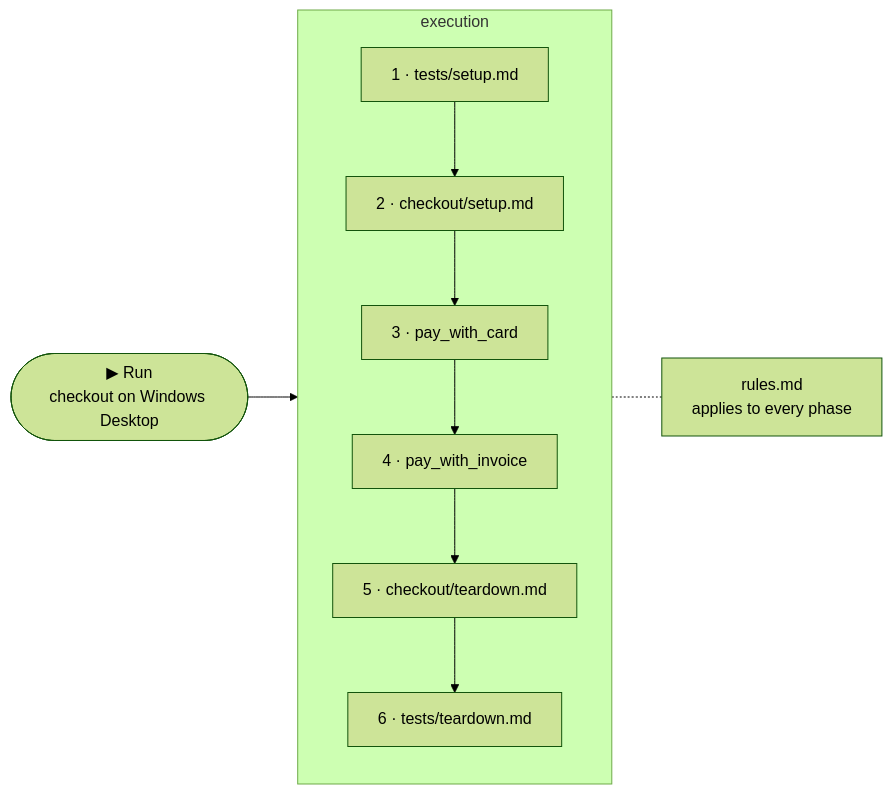
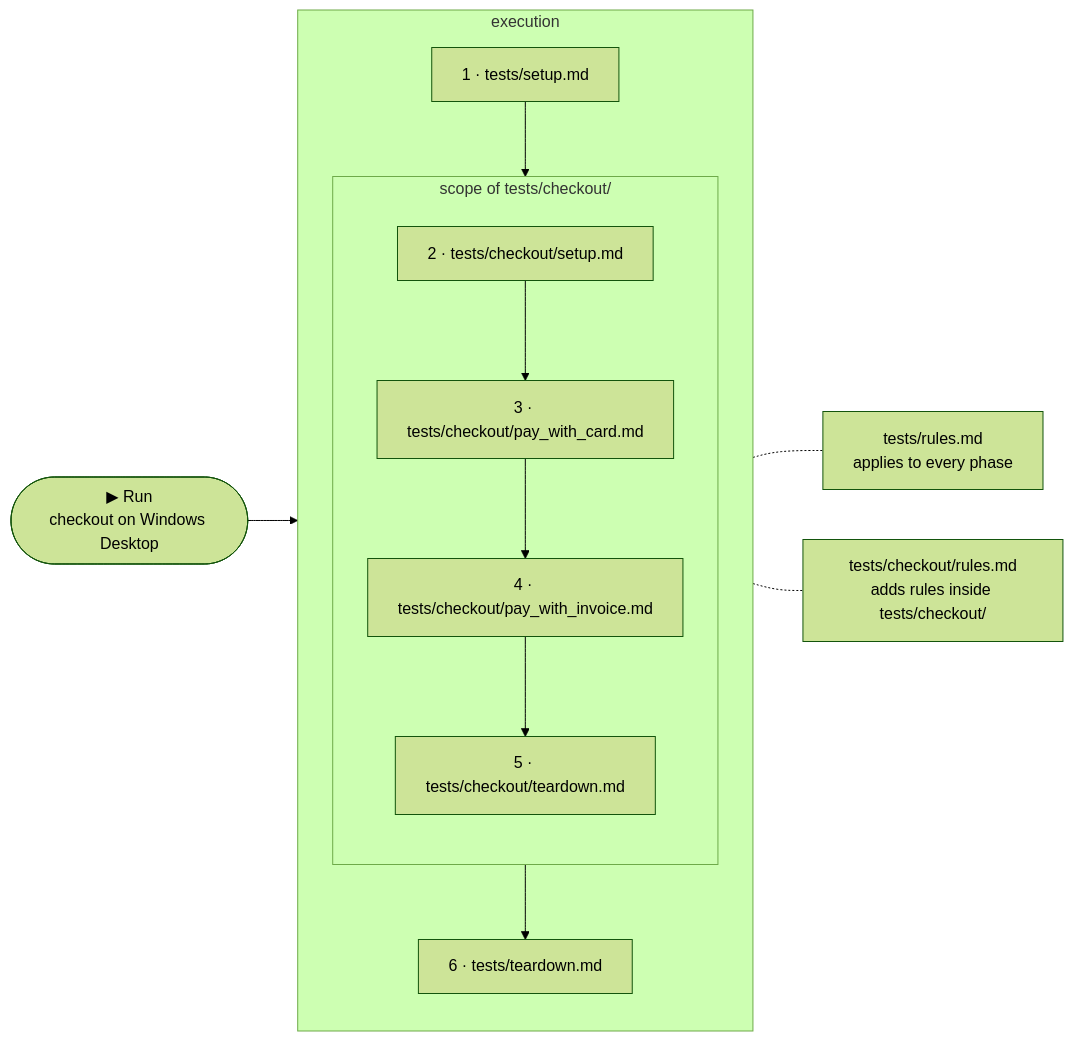
The diagram in content/docs/writing-tests/organisation.mdx (askui/docs-rewrite), drawn with Mermaid (forest theme) before and after one commit. The commit also changed other lines of this file, not shown here.

Commit message:
docs(organisation): folder-level rules.md in tree + diagram; full real paths everywhere; checkout teardown added to match chain

````diff
--- a/content/docs/writing-tests/organisation.mdx
+++ b/content/docs/writing-tests/organisation.mdx
@@ -45,11 +49,19 @@
 ```mermaid
 flowchart LR
   RUN(["▶ Run
 checkout on Windows Desktop"]) --> CHAIN
   subgraph CHAIN["execution"]
     direction TB
-    A["1 · tests/setup.md"] --> B["2 · checkout/setup.md"] --> C["3 · pay_with_card"] --> D["4 · pay_with_invoice"] --> E["5 · checkout/teardown.md"] --> F["6 · tests/teardown.md"]
+    A["1 · tests/setup.md"]
+    subgraph CO["scope of tests/checkout/"]
+      direction TB
+      B["2 · tests/checkout/setup.md"] --> C["3 · tests/checkout/pay_with_card.md"] --> D["4 · tests/checkout/pay_with_invoice.md"] --> E["5 · tests/checkout/teardown.md"]
+    end
+    A --> B
+    E --> F["6 · tests/teardown.md"]
   end
-  CHAIN -.- R["rules.md
+  CHAIN -.- R1["tests/rules.md
 applies to every phase"]
+  CO -.- R2["tests/checkout/rules.md
+adds rules inside tests/checkout/"]
 ```
````
